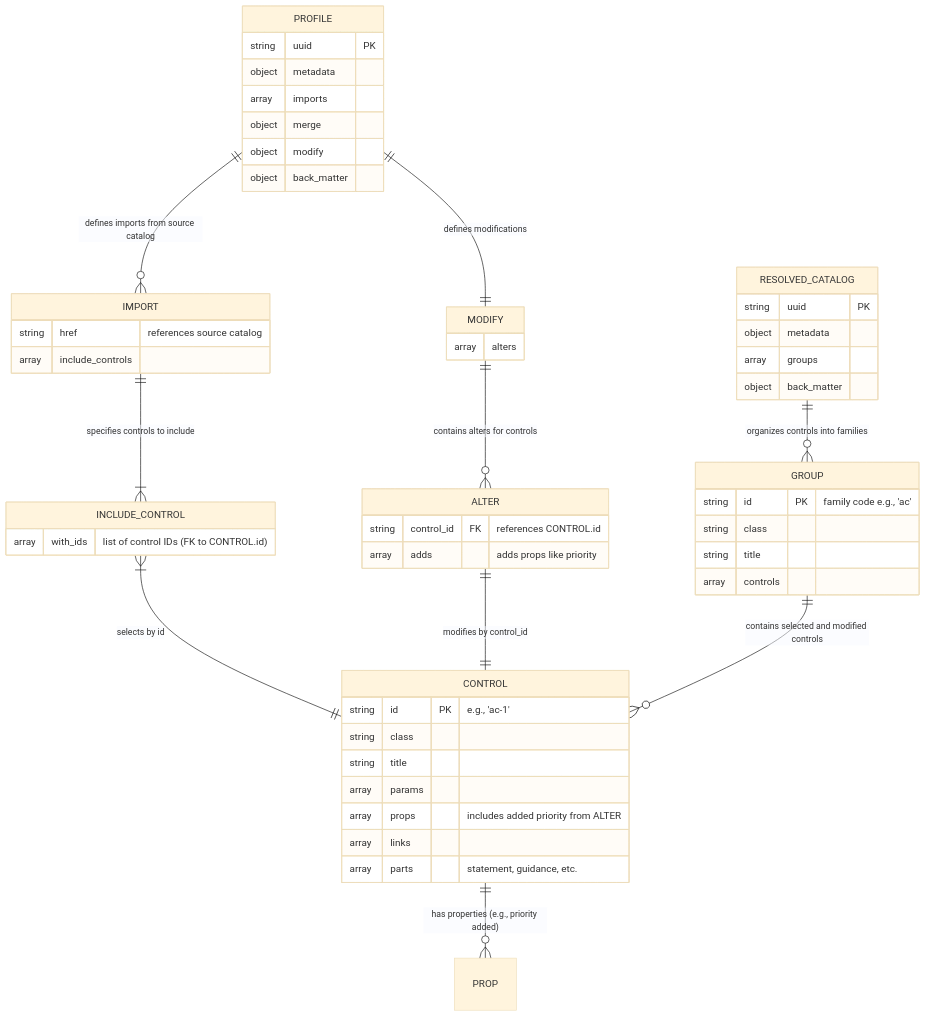
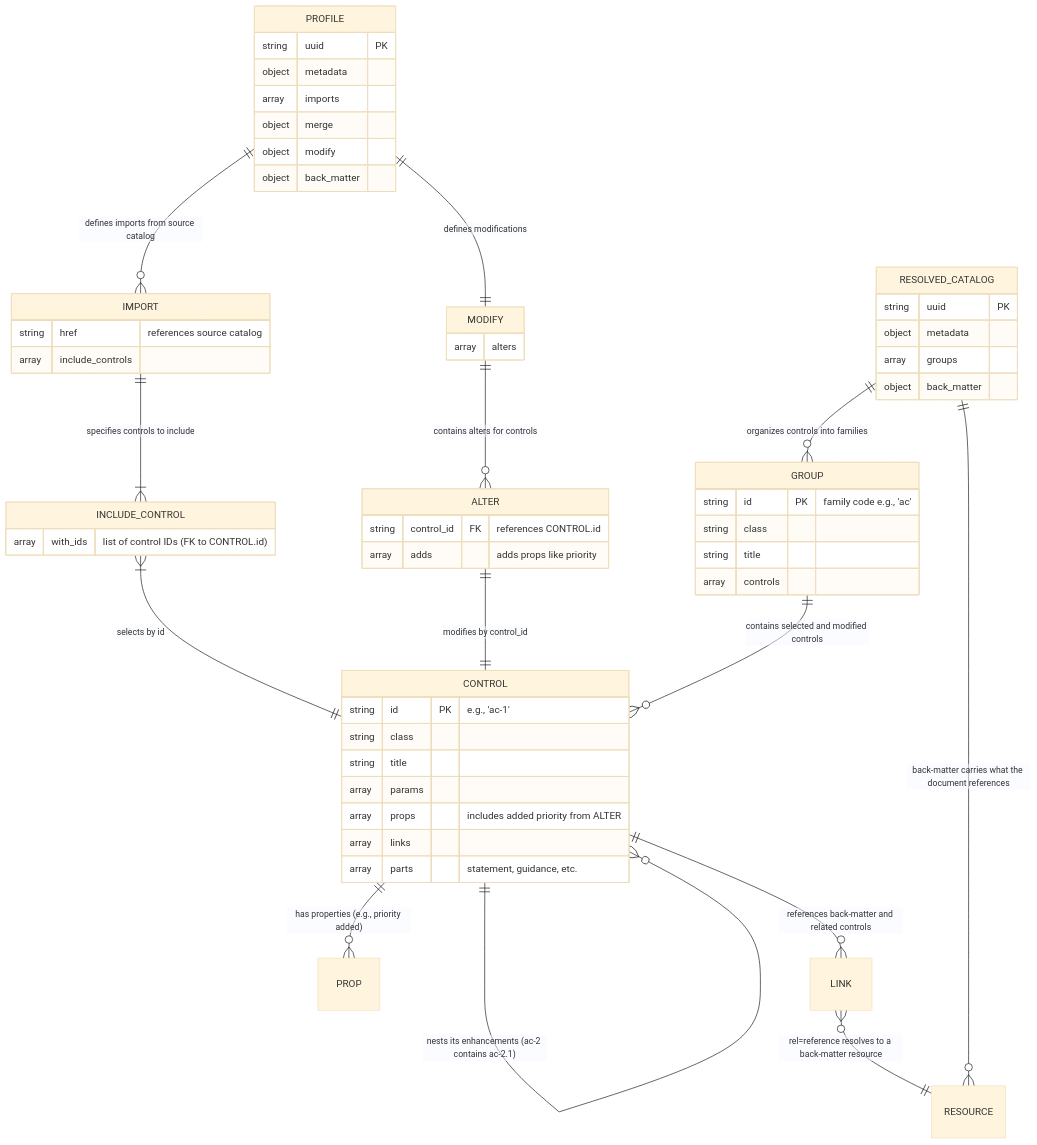
One commit to risk-sentinel/sparc changed the diagram in docs/data_mapping/baseline_resolved_profile.md. Above: the diagram before and after it, drawn with Mermaid (base theme). The commit also changed other lines of this file and 65 other files, not shown here.

````diff
--- a/docs/data_mapping/baseline_resolved_profile.md
+++ b/docs/data_mapping/baseline_resolved_profile.md
@@ -9,55 +9,59 @@
 ```mermaid
 erDiagram
     PROFILE {
         string uuid PK
         object metadata
         array imports
         object merge
         object modify
         object back_matter
     }
     IMPORT {
         string href "references source catalog"
         array include_controls
     }
     INCLUDE_CONTROL {
         array with_ids "list of control IDs (FK to CONTROL.id)"
     }
     MODIFY {
         array alters
     }
     ALTER {
         string control_id FK "references CONTROL.id"
         array adds "adds props like priority"
     }
     RESOLVED_CATALOG {
         string uuid PK
         object metadata
         array groups
         object back_matter
     }
     GROUP {
         string id PK "family code e.g., 'ac'"
         string class
         string title
         array controls
     }
     CONTROL {
         string id PK "e.g., 'ac-1'"
         string class
         string title
         array params
         array props "includes added priority from ALTER"
         array links
         array parts "statement, guidance, etc."
     }
     PROFILE ||--o{ IMPORT : "defines imports from source catalog"
     IMPORT ||--|{ INCLUDE_CONTROL : "specifies controls to include"
     INCLUDE_CONTROL }|--|| CONTROL : "selects by id"
     PROFILE ||--|| MODIFY : "defines modifications"
     MODIFY ||--o{ ALTER : "contains alters for controls"
     ALTER ||--|| CONTROL : "modifies by control_id"
     RESOLVED_CATALOG ||--o{ GROUP : "organizes controls into families"
     GROUP ||--o{ CONTROL : "contains selected and modified controls"
+    CONTROL ||--o{ CONTROL : "nests its enhancements (ac-2 contains ac-2.1)"
     CONTROL ||--o{ PROP : "has properties (e.g., priority added)"
+    CONTROL ||--o{ LINK : "references back-matter and related controls"
+    LINK }o--|| RESOURCE : "rel=reference resolves to a back-matter resource"
+    RESOLVED_CATALOG ||--o{ RESOURCE : "back-matter carries what the document references"
 ```
````
